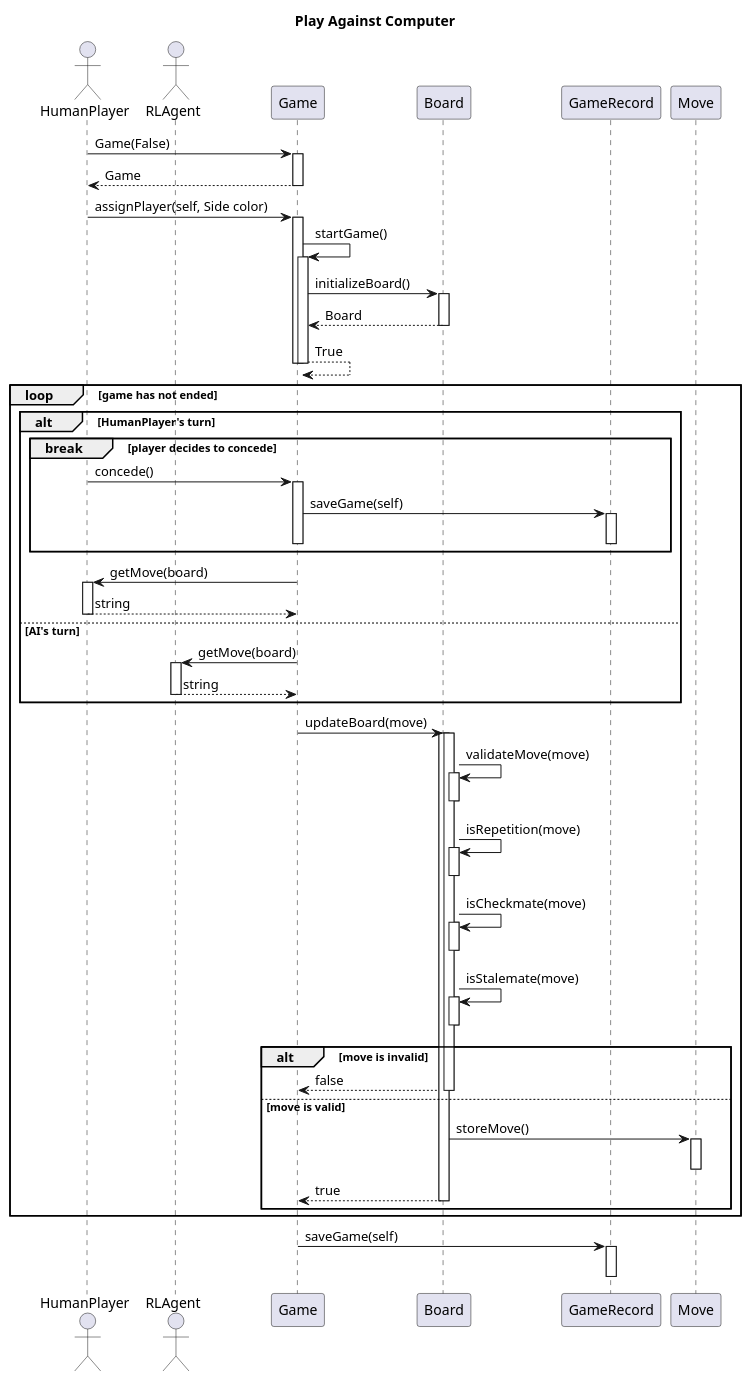
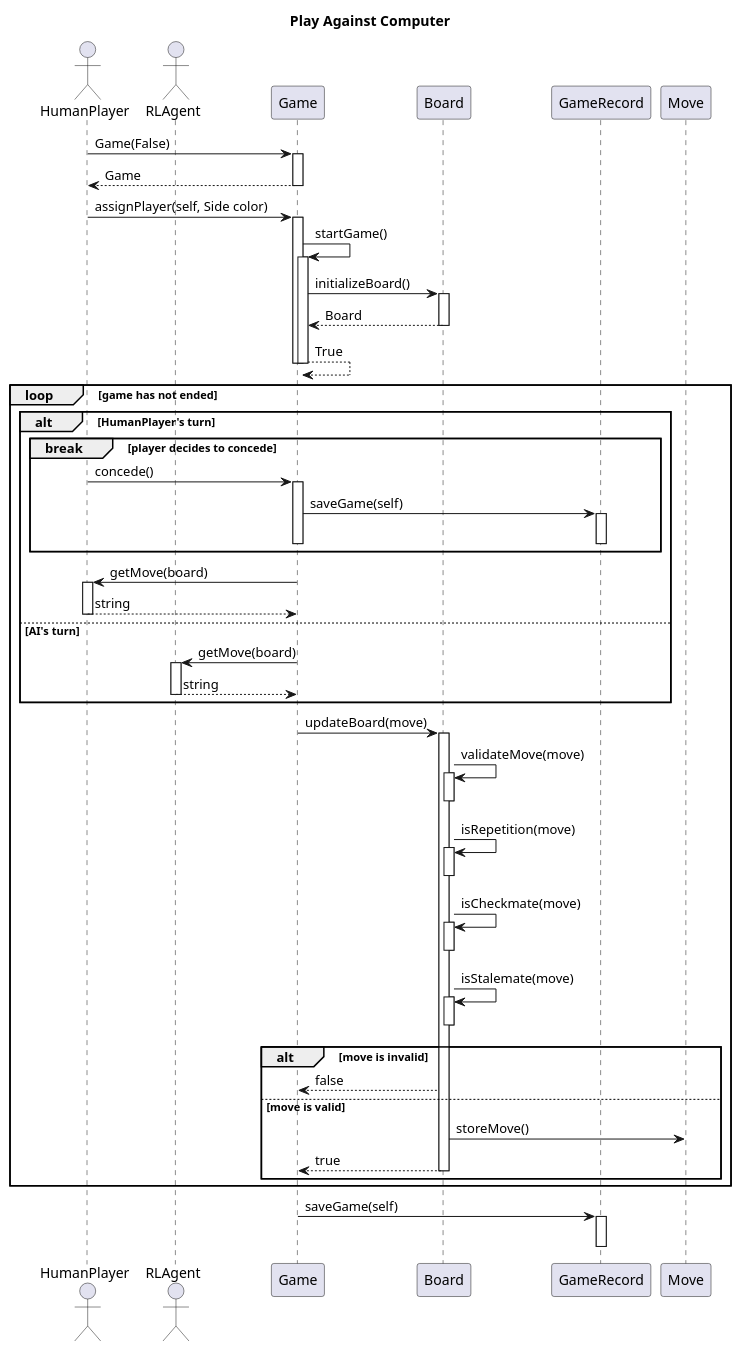
Before and after one commit to ECE493-W22-G04/rl-chess: the diagram in docs/preliminary_design_diagrams/sequence_diagrams/play_pvc.puml, drawn with PlantUML. The commit also changed 1 other file, not shown here.

Commit message:
fixed updateBoard

```diff
--- a/docs/preliminary_design_diagrams/sequence_diagrams/play_pvc.puml
+++ b/docs/preliminary_design_diagrams/sequence_diagrams/play_pvc.puml
@@ -1,56 +1,61 @@
 @startuml Play Against Computer
 
 title Play Against Computer
 
 autoactivate on
 
 actor HumanPlayer
 actor RLAgent
 HumanPlayer -> Game: Game(False)
 return Game
 HumanPlayer -> Game: assignPlayer(self, Side color)
     Game -> Game: startGame()
         Game -> Board: initializeBoard()
         return Board
     return True
     deactivate
 
 loop game has not ended
         
     alt HumanPlayer's turn
         break player decides to concede
             HumanPlayer -> Game: concede()
             Game -> GameRecord: saveGame(self)
             deactivate
             deactivate
         end
         Game -> HumanPlayer: getMove(board)
         return string
     else AI's turn
         Game -> RLAgent: getMove(board)
         return string
     end
+    autoactivate off
     Game -> Board: updateBoard(move)
         activate Board
             Board -> Board: validateMove(move)
-            deactivate
+                activate Board
+                deactivate Board
             Board -> Board: isRepetition(move)
-            deactivate
+                activate Board
+                deactivate Board
             Board -> Board: isCheckmate(move)
-            deactivate
+                activate Board
+                deactivate Board
             Board -> Board: isStalemate(move)
-            deactivate
+                activate Board
+                deactivate Board
             alt move is invalid
                 Board --> Game : false
             else move is valid
                 Board -> Move : storeMove()
-                deactivate
                 Board --> Game : true
+                deactivate Board
             end
-        deactivate Board
+    autoactivate on
 end
 
 Game -> GameRecord: saveGame(self)
 deactivate
 
 @enduml
```
